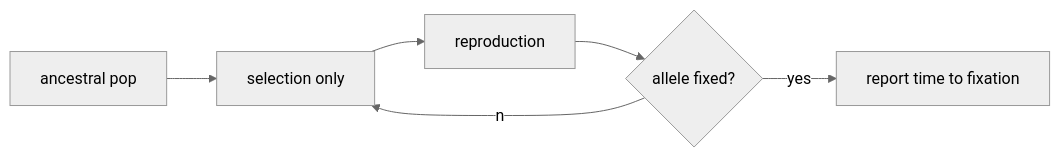
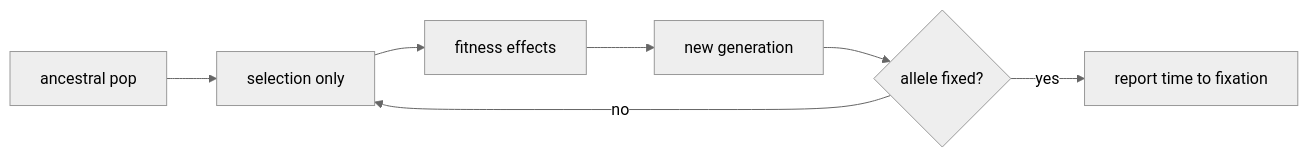
Before and after one commit to Jcbnunez/uvm-fqr: the third of 3 diagrams in Lectures/Lect5_Simulation_frameworks.md, drawn with Mermaid (neutral theme). The commit also changed other lines of this file, not shown here.

````diff
--- a/Lectures/Lect5_Simulation_frameworks.md
+++ b/Lectures/Lect5_Simulation_frameworks.md
@@ -94,5 +94,5 @@
 ```mermaid
 graph LR
-a[ancestral pop] --> b[selection only] --> c[reproduction] --> e{allele fixed?} --yes--> f[report time to fixation]
-e --no--> b
+a[ancestral pop] --> b[selection only] --> b1[fitness effects] --> c[new generation] --> e{allele fixed?} --"yes"--> f[report time to fixation]
+e --"no"--> b
 ```
````
